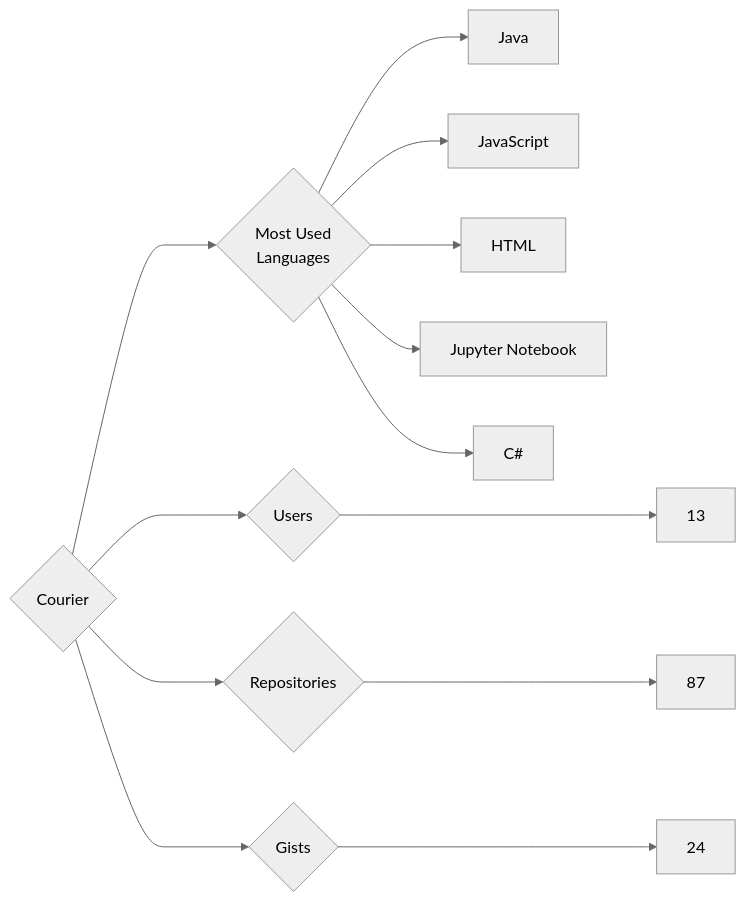
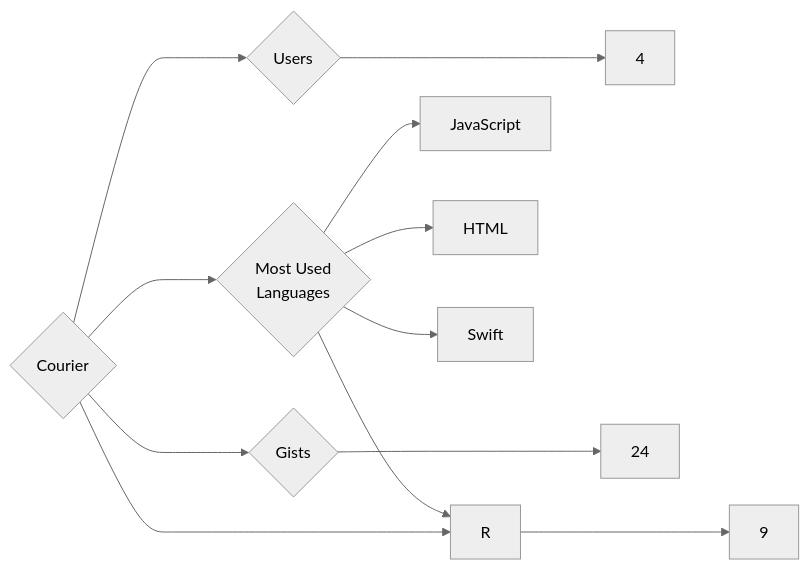
Before and after one commit to trickest/insiders: the diagram in targets/Courier/README.md, drawn with Mermaid (neutral theme). The commit also changed 837 other files, not shown here.

````diff
--- a/targets/Courier/README.md
+++ b/targets/Courier/README.md
@@ -3,13 +3,12 @@
 ```mermaid
 graph LR
 COMPANY_NAME{Courier}
-COMPANY_NAME ---> U{Users} ---> UN[13]
-COMPANY_NAME ---> R{Repositories} ---> RN[87]
+COMPANY_NAME ---> U{Users} ---> UN[4]
+COMPANY_NAME ---> R{Repositories} ---> RN[9]
 COMPANY_NAME ---> G{Gists} ---> GN[24]
 COMPANY_NAME ---> ML{Most Used<br>Languages}
-ML --> Java[Java]
 ML --> JavaScript[JavaScript]
 ML --> HTML[HTML]
-ML --> Jupyter_Notebook[Jupyter Notebook]
-ML --> C#[C#]
+ML --> Swift[Swift]
+ML --> R[R]
 ```
````
